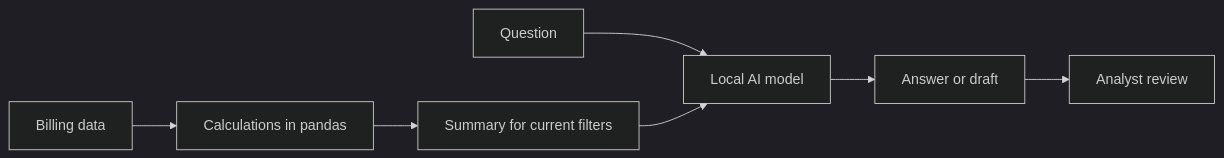
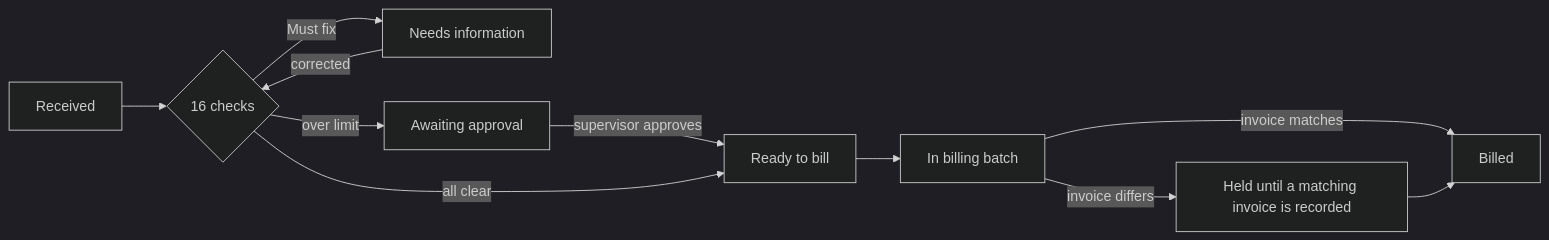
Before and after one commit to DevModeVivek/receivables-billing-assistant: the diagram in README.md, drawn with Mermaid (dark theme). The commit also changed other lines of this file and 10 other files, not shown here.

````diff
--- a/README.md
+++ b/README.md
@@ -26,9 +50,13 @@
 ```mermaid
 flowchart LR
-    A[Billing data] --> B[Calculations in pandas]
-    B --> C[Summary for current filters]
-    Q[Question] --> D[Local AI model]
-    C --> D
-    D --> E[Answer or draft]
-    E --> F[Analyst review]
+    A[Received] --> B{16 checks}
+    B -- Must fix --> C[Needs information]
+    C -- corrected --> B
+    B -- over limit --> D[Awaiting approval]
+    D -- supervisor approves --> E[Ready to bill]
+    B -- all clear --> E
+    E --> F[In billing batch]
+    F -- invoice matches --> G[Billed]
+    F -- invoice differs --> H[Held until a matching invoice is recorded]
+    H --> G
 ```
````
